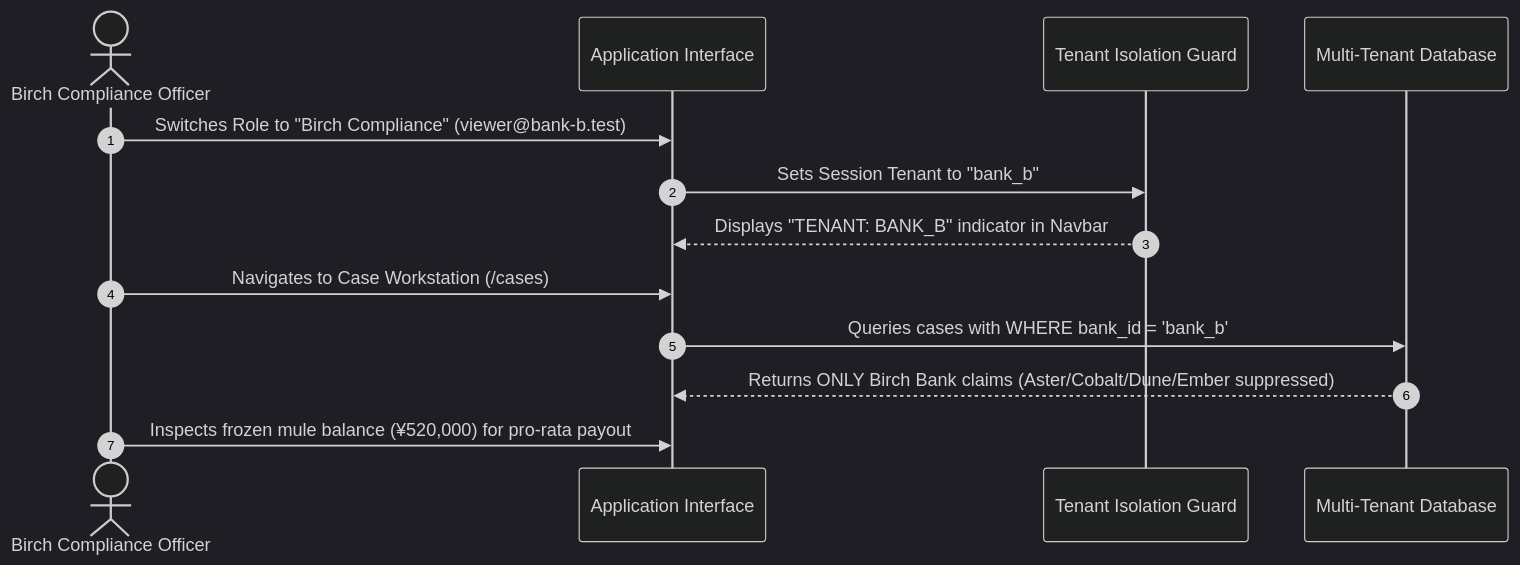
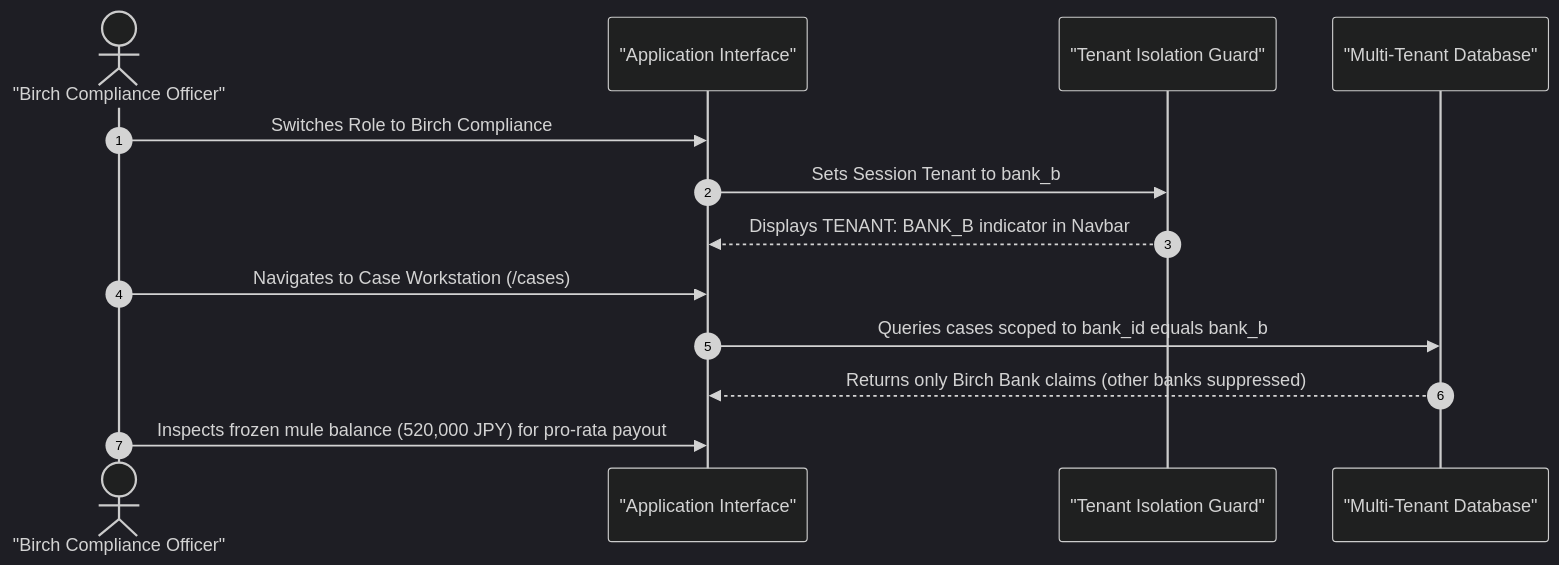
Before and after one commit to minuwu/ReliefOps: the sixth of 7 diagrams in frontend/walkthrough/README.md, drawn with Mermaid (dark theme). The commit also changed other lines of this file and 8 other files, not shown here.

Commit message:
fix(docs): sanitize mermaid diagrams for github rendering and remove release workflow

````diff
--- a/frontend/walkthrough/README.md
+++ b/frontend/walkthrough/README.md
@@ -276,16 +275,16 @@
 ```mermaid
 sequenceDiagram
     autonumber
-    actor Officer as Birch Compliance Officer
-    participant UI as Application Interface
-    participant Auth as Tenant Isolation Guard
-    participant DB as Multi-Tenant Database
+    actor Officer as "Birch Compliance Officer"
+    participant UI as "Application Interface"
+    participant Auth as "Tenant Isolation Guard"
+    participant DB as "Multi-Tenant Database"
 
-    Officer->>UI: Switches Role to "Birch Compliance" (viewer@bank-b.test)
-    UI->>Auth: Sets Session Tenant to "bank_b"
-    Auth-->>UI: Displays "TENANT: BANK_B" indicator in Navbar
+    Officer->>UI: Switches Role to Birch Compliance
+    UI->>Auth: Sets Session Tenant to bank_b
+    Auth-->>UI: Displays TENANT: BANK_B indicator in Navbar
     Officer->>UI: Navigates to Case Workstation (/cases)
-    UI->>DB: Queries cases with WHERE bank_id = 'bank_b'
-    DB-->>UI: Returns ONLY Birch Bank claims (Aster/Cobalt/Dune/Ember suppressed)
-    Officer->>UI: Inspects frozen mule balance (¥520,000) for pro-rata payout
+    UI->>DB: Queries cases scoped to bank_id equals bank_b
+    DB-->>UI: Returns only Birch Bank claims (other banks suppressed)
+    Officer->>UI: Inspects frozen mule balance (520,000 JPY) for pro-rata payout
 ```
````
